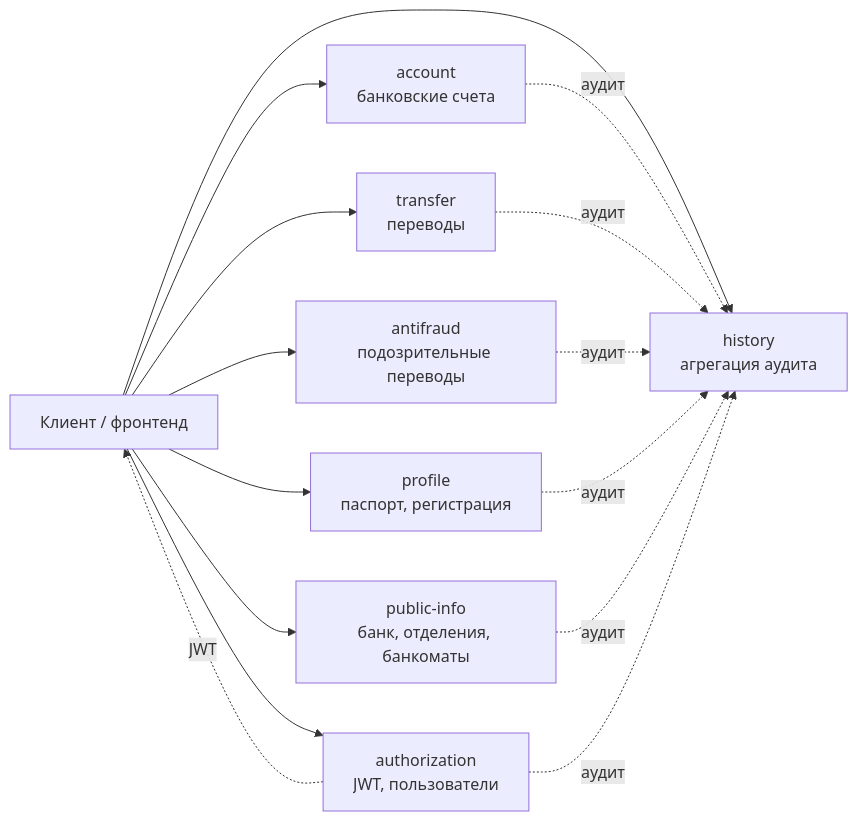
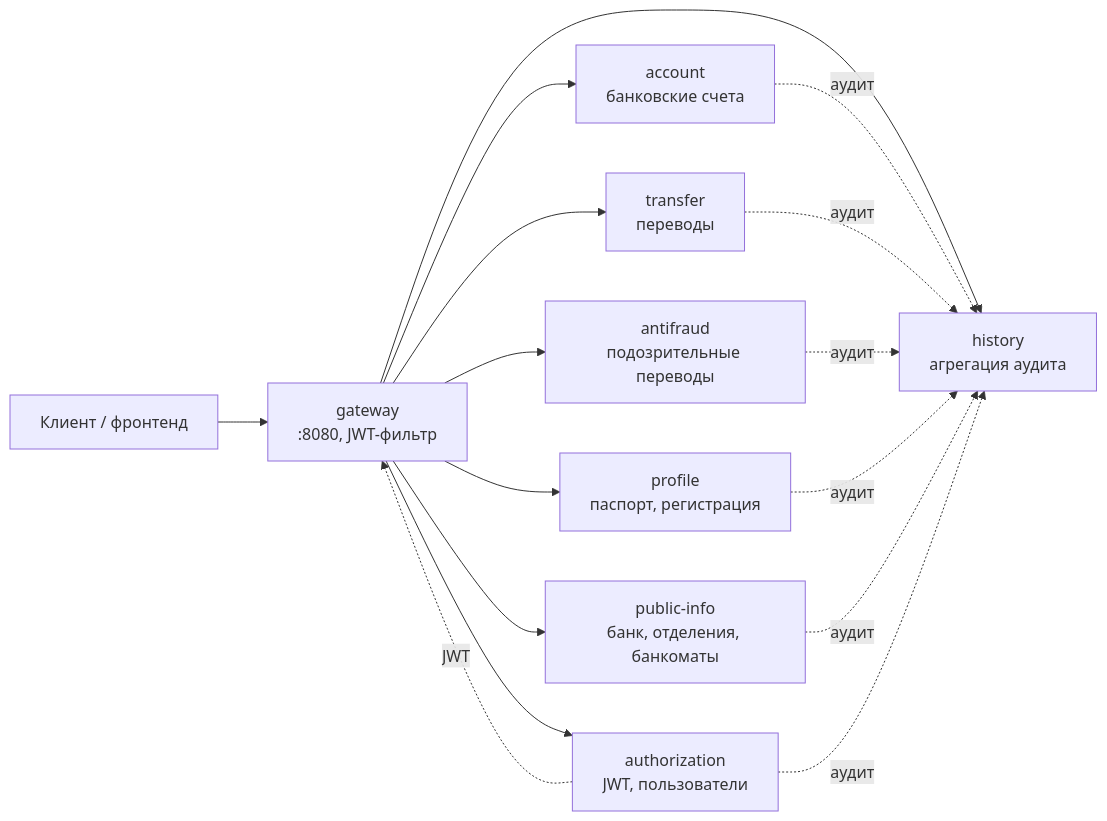
The diagram in README.md (Daniil2022Ri/Bank-DDD), drawn with Mermaid before and after one commit. The commit also changed other lines of this file and 23 other files, not shown here.

First line of the commit message:
feat(gateway): add API gateway with JWT authentication

````diff
--- a/README.md
+++ b/README.md
@@ -41,18 +41,19 @@
 ```mermaid
 flowchart LR
-    U[Клиент / фронтенд] --> AUTH[authorization<br/>JWT, пользователи]
-    U --> PROF[profile<br/>паспорт, регистрация]
-    U --> ACC[account<br/>банковские счета]
-    U --> TR[transfer<br/>переводы]
-    U --> AF[antifraud<br/>подозрительные переводы]
-    U --> HIST[history<br/>агрегация аудита]
-    U --> PI[public-info<br/>банк, отделения, банкоматы]
+    U[Клиент / фронтенд] --> GW[gateway<br/>:8080, JWT-фильтр]
+    GW --> AUTH[authorization<br/>JWT, пользователи]
+    GW --> PROF[profile<br/>паспорт, регистрация]
+    GW --> ACC[account<br/>банковские счета]
+    GW --> TR[transfer<br/>переводы]
+    GW --> AF[antifraud<br/>подозрительные переводы]
+    GW --> HIST[history<br/>агрегация аудита]
+    GW --> PI[public-info<br/>банк, отделения, банкоматы]
 
-    AUTH -. JWT .-> U
+    AUTH -. JWT .-> GW
     ACC -. аудит .-> HIST
     TR -. аудит .-> HIST
     AF -. аудит .-> HIST
     PROF -. аудит .-> HIST
     PI -. аудит .-> HIST
     AUTH -. аудит .-> HIST
 ```
````
